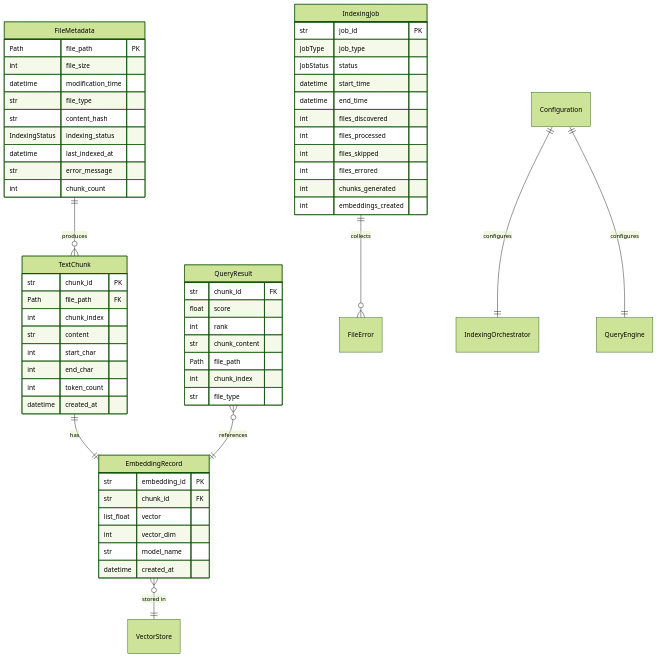
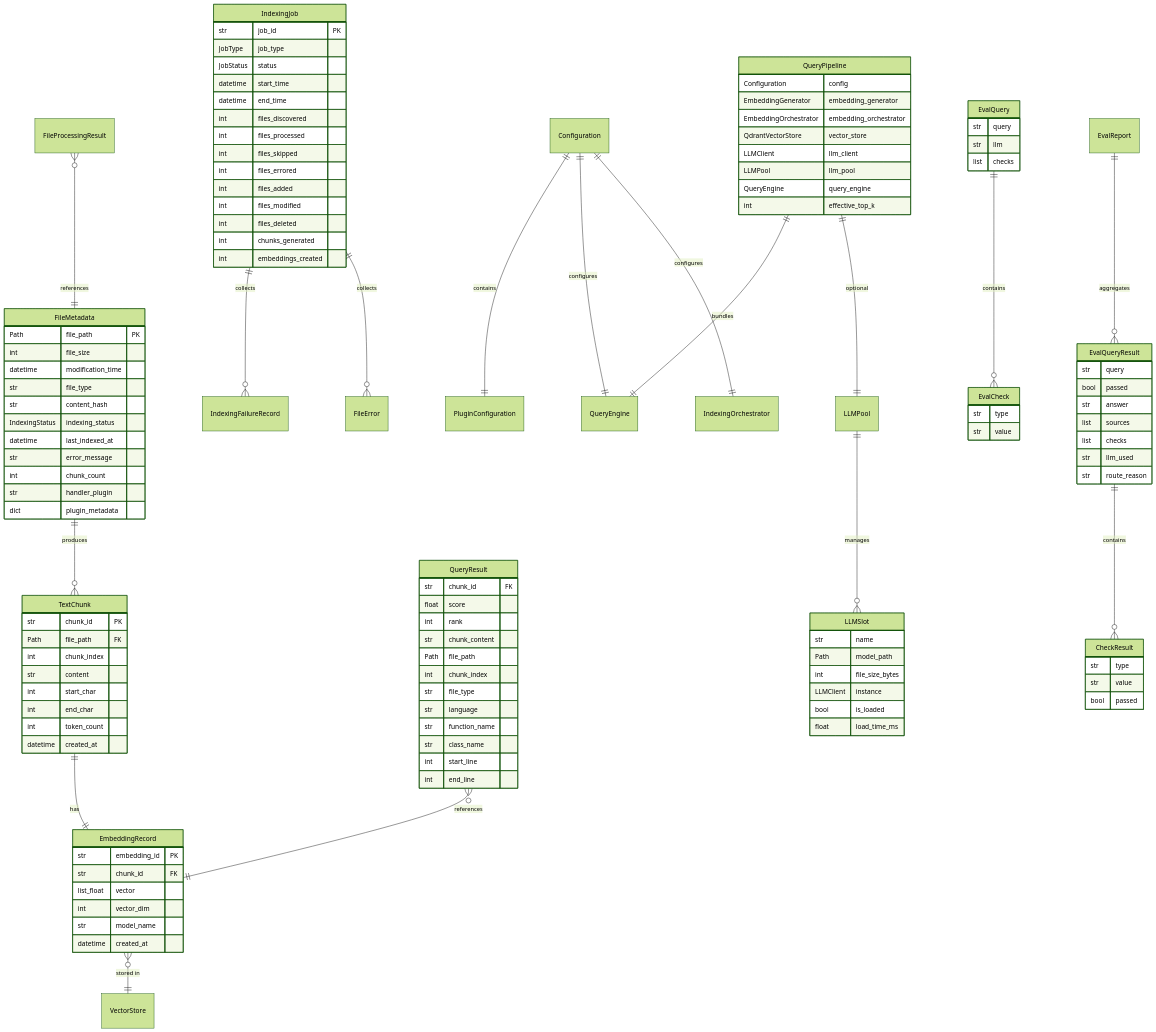
One commit to kenhia/krag changed the sixth of 7 diagrams in docs/architecture.md. Above: the diagram before and after it, drawn with Mermaid (forest theme). The commit also changed other lines of this file, not shown here.

First line of the commit message:
docs: comprehensive architecture.md update for 006-code-quality-sprint

````diff
--- a/docs/architecture.md
+++ b/docs/architecture.md
@@ -475,8 +809,17 @@
     EmbeddingRecord }o--|| VectorStore : "stored in"
     QueryResult }o--|| EmbeddingRecord : "references"
     IndexingJob ||--o{ FileError : "collects"
+    IndexingJob ||--o{ IndexingFailureRecord : "collects"
     Configuration ||--|| IndexingOrchestrator : "configures"
     Configuration ||--|| QueryEngine : "configures"
+    Configuration ||--|| PluginConfiguration : "contains"
+    EvalQuery ||--o{ EvalCheck : "contains"
+    EvalQueryResult ||--o{ CheckResult : "contains"
+    EvalReport ||--o{ EvalQueryResult : "aggregates"
+    LLMPool ||--o{ LLMSlot : "manages"
+    QueryPipeline ||--|| LLMPool : "optional"
+    QueryPipeline ||--|| QueryEngine : "bundles"
+    FileProcessingResult }o--|| FileMetadata : "references"
 
     FileMetadata {
         Path file_path PK
@@ -488,6 +831,8 @@
         datetime last_indexed_at
         str error_message
         int chunk_count
+        str handler_plugin
+        dict plugin_metadata
     }
 
     TextChunk {
@@ -518,6 +863,11 @@
         Path file_path
         int chunk_index
         str file_type
+        str language
+        str function_name
+        str class_name
+        int start_line
+        int end_line
     }
 
     IndexingJob {
@@ -530,7 +880,57 @@
         int files_processed
         int files_skipped
         int files_errored
+        int files_added
+        int files_modified
+        int files_deleted
         int chunks_generated
         int embeddings_created
     }
+
+    EvalQuery {
+        str query
+        str llm
+        list checks
+    }
+
+    EvalCheck {
+        str type
+        str value
+    }
+
+    EvalQueryResult {
+        str query
+        bool passed
+        str answer
+        list sources
+        list checks
+        str llm_used
+        str route_reason
+    }
+
+    CheckResult {
+        str type
+        str value
+        bool passed
+    }
+
+    LLMSlot {
+        str name
+        Path model_path
+        int file_size_bytes
+        LLMClient instance
+        bool is_loaded
+        float load_time_ms
+    }
+
+    QueryPipeline {
+        Configuration config
+        EmbeddingGenerator embedding_generator
+        EmbeddingOrchestrator embedding_orchestrator
+        QdrantVectorStore vector_store
+        LLMClient llm_client
+        LLMPool llm_pool
+        QueryEngine query_engine
+        int effective_top_k
+    }
 ```
````
